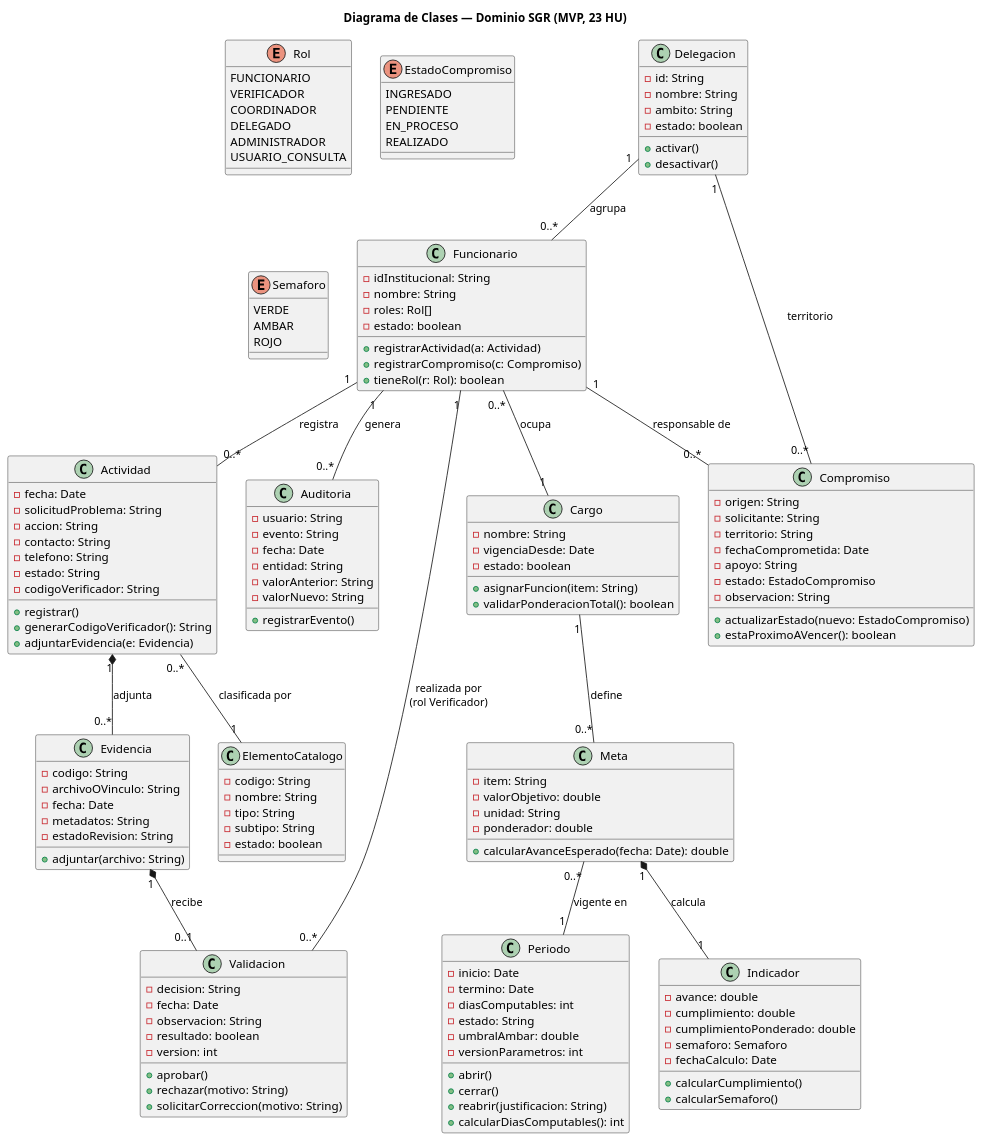
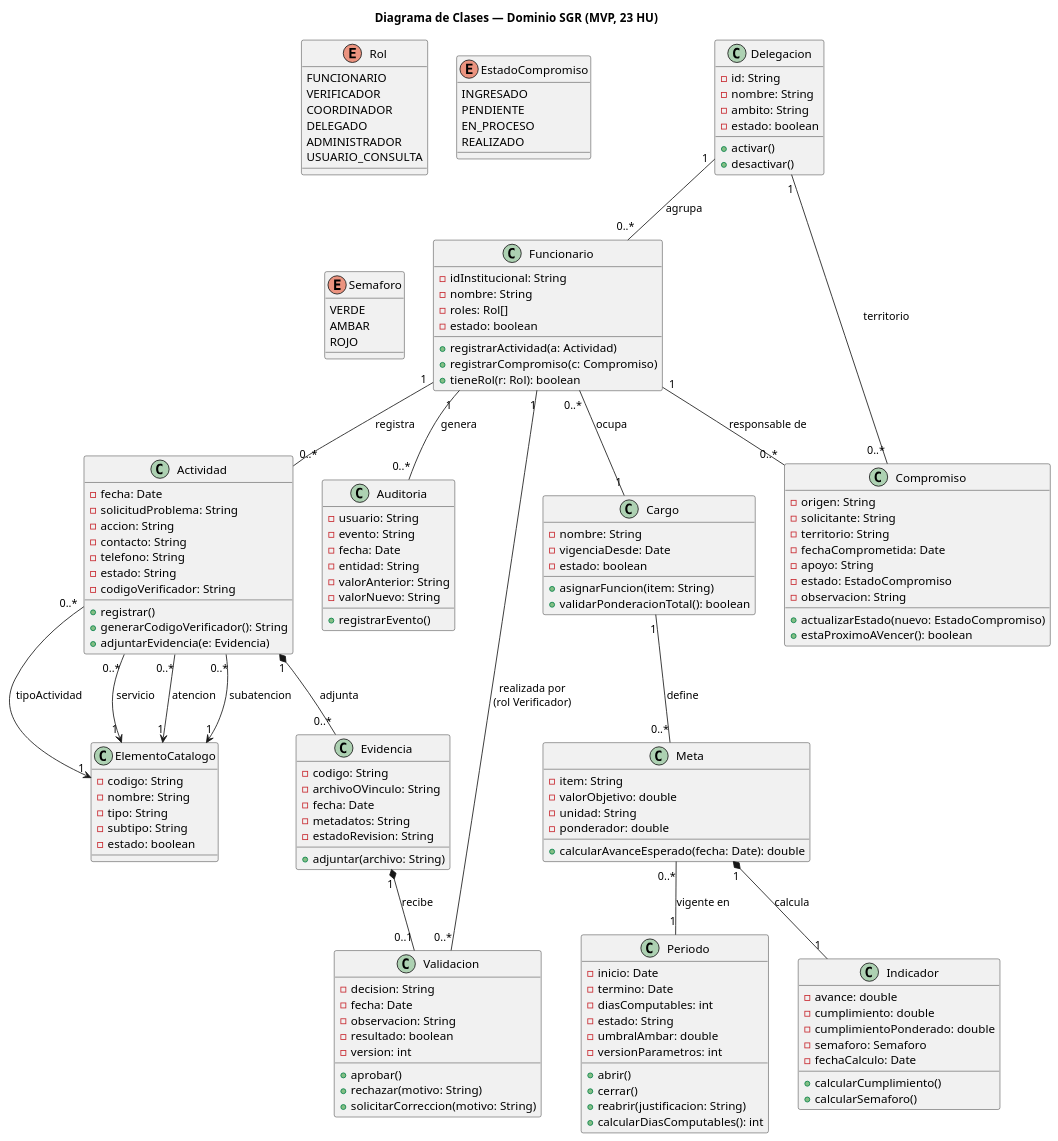
One commit to Ren-reno/ev1 changed the diagram in assets/actividad-3/clases-dominio.puml. Above: the diagram before and after it, drawn with PlantUML. The commit also changed 3 other files, not shown here.

Commit message:
añadimos cuadrupe relacion en el diagrama de clases a elementoCatalogo

```diff
--- a/assets/actividad-3/clases-dominio.puml
+++ b/assets/actividad-3/clases-dominio.puml
@@ -1,161 +1,164 @@
 @startuml clases-dominio
 title Diagrama de Clases — Dominio SGR (MVP, 23 HU)
 
 enum Rol {
   FUNCIONARIO
   VERIFICADOR
   COORDINADOR
   DELEGADO
   ADMINISTRADOR
   USUARIO_CONSULTA
 }
 
 enum EstadoCompromiso {
   INGRESADO
   PENDIENTE
   EN_PROCESO
   REALIZADO
 }
 
 enum Semaforo {
   VERDE
   AMBAR
   ROJO
 }
 
 class Delegacion {
   -id: String
   -nombre: String
   -ambito: String
   -estado: boolean
   +activar()
   +desactivar()
 }
 
 class Cargo {
   -nombre: String
   -vigenciaDesde: Date
   -estado: boolean
   +asignarFuncion(item: String)
   +validarPonderacionTotal(): boolean
 }
 
 class Funcionario {
   -idInstitucional: String
   -nombre: String
   -roles: Rol[]
   -estado: boolean
   +registrarActividad(a: Actividad)
   +registrarCompromiso(c: Compromiso)
   +tieneRol(r: Rol): boolean
 }
 
 class Periodo {
   -inicio: Date
   -termino: Date
   -diasComputables: int
   -estado: String
   -umbralAmbar: double
   -versionParametros: int
   +abrir()
   +cerrar()
   +reabrir(justificacion: String)
   +calcularDiasComputables(): int
 }
 
 class Meta {
   -item: String
   -valorObjetivo: double
   -unidad: String
   -ponderador: double
   +calcularAvanceEsperado(fecha: Date): double
 }
 
 class ElementoCatalogo {
   -codigo: String
   -nombre: String
   -tipo: String
   -subtipo: String
   -estado: boolean
 }
 
 class Actividad {
   -fecha: Date
   -solicitudProblema: String
   -accion: String
   -contacto: String
   -telefono: String
   -estado: String
   -codigoVerificador: String
   +registrar()
   +generarCodigoVerificador(): String
   +adjuntarEvidencia(e: Evidencia)
 }
 
 class Compromiso {
   -origen: String
   -solicitante: String
   -territorio: String
   -fechaComprometida: Date
   -apoyo: String
   -estado: EstadoCompromiso
   -observacion: String
   +actualizarEstado(nuevo: EstadoCompromiso)
   +estaProximoAVencer(): boolean
 }
 
 class Evidencia {
   -codigo: String
   -archivoOVinculo: String
   -fecha: Date
   -metadatos: String
   -estadoRevision: String
   +adjuntar(archivo: String)
 }
 
 class Validacion {
   -decision: String
   -fecha: Date
   -observacion: String
   -resultado: boolean
   -version: int
   +aprobar()
   +rechazar(motivo: String)
   +solicitarCorreccion(motivo: String)
 }
 
 class Indicador {
   -avance: double
   -cumplimiento: double
   -cumplimientoPonderado: double
   -semaforo: Semaforo
   -fechaCalculo: Date
   +calcularCumplimiento()
   +calcularSemaforo()
 }
 
 class Auditoria {
   -usuario: String
   -evento: String
   -fecha: Date
   -entidad: String
   -valorAnterior: String
   -valorNuevo: String
   +registrarEvento()
 }
 
 Delegacion "1" -- "0..*" Funcionario : agrupa
 Funcionario "0..*" -- "1" Cargo : ocupa
 Cargo "1" -- "0..*" Meta : define
 Meta "0..*" -- "1" Periodo : vigente en
 Funcionario "1" -- "0..*" Actividad : registra
-Actividad "0..*" -- "1" ElementoCatalogo : clasificada por
+Actividad "0..*" --> "1" ElementoCatalogo : tipoActividad
+Actividad "0..*" --> "1" ElementoCatalogo : servicio
+Actividad "0..*" --> "1" ElementoCatalogo : atencion
+Actividad "0..*" --> "1" ElementoCatalogo : subatencion
 Actividad "1" *-- "0..*" Evidencia : adjunta
 Evidencia "1" *-- "0..1" Validacion : recibe
 Validacion "0..*" -- "1" Funcionario : realizada por\n(rol Verificador)
 Funcionario "1" -- "0..*" Compromiso : responsable de
 Compromiso "0..*" -- "1" Delegacion : territorio
 Meta "1" *-- "1" Indicador : calcula
 Funcionario "1" -- "0..*" Auditoria : genera
 
 @enduml
```
